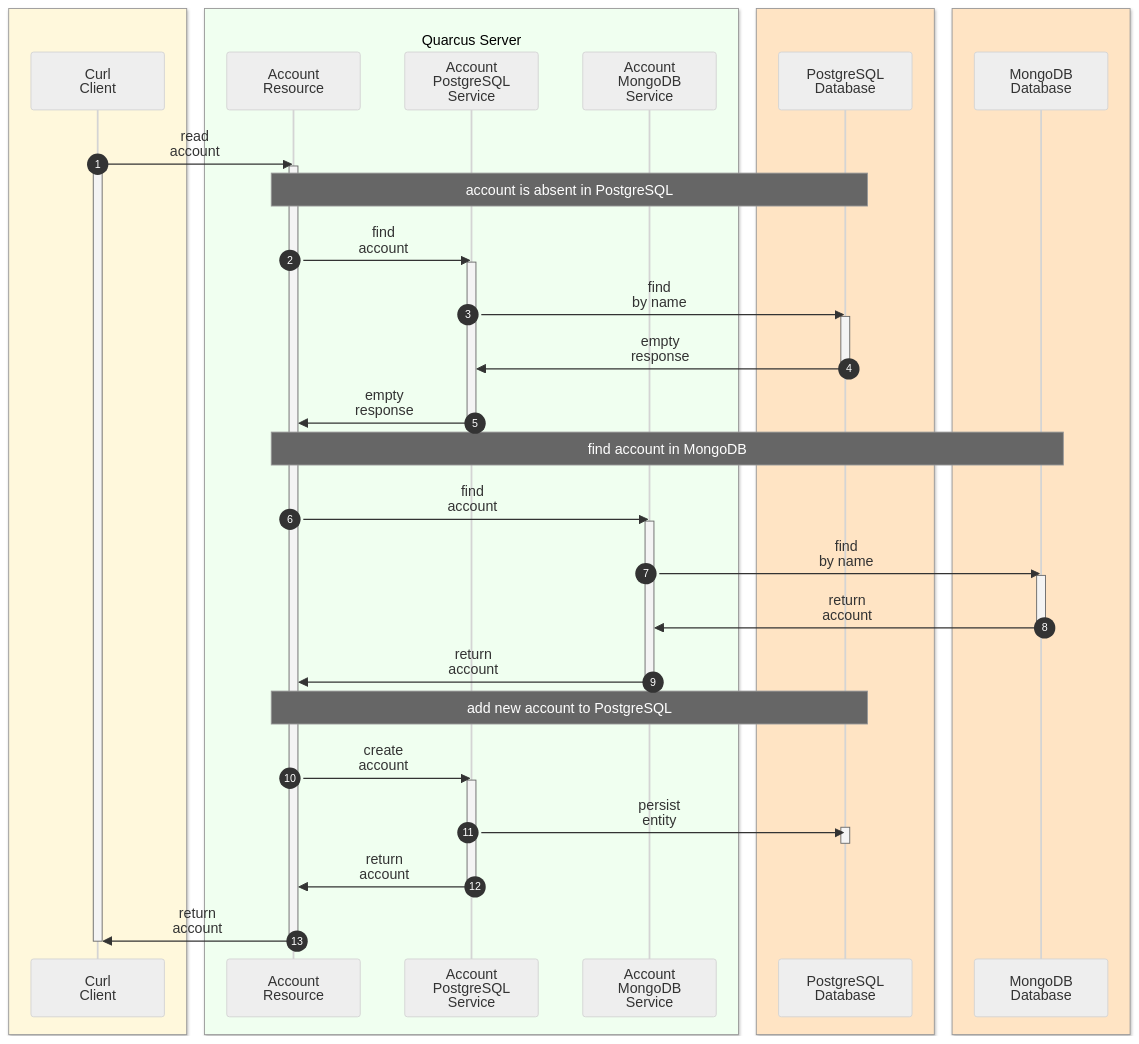
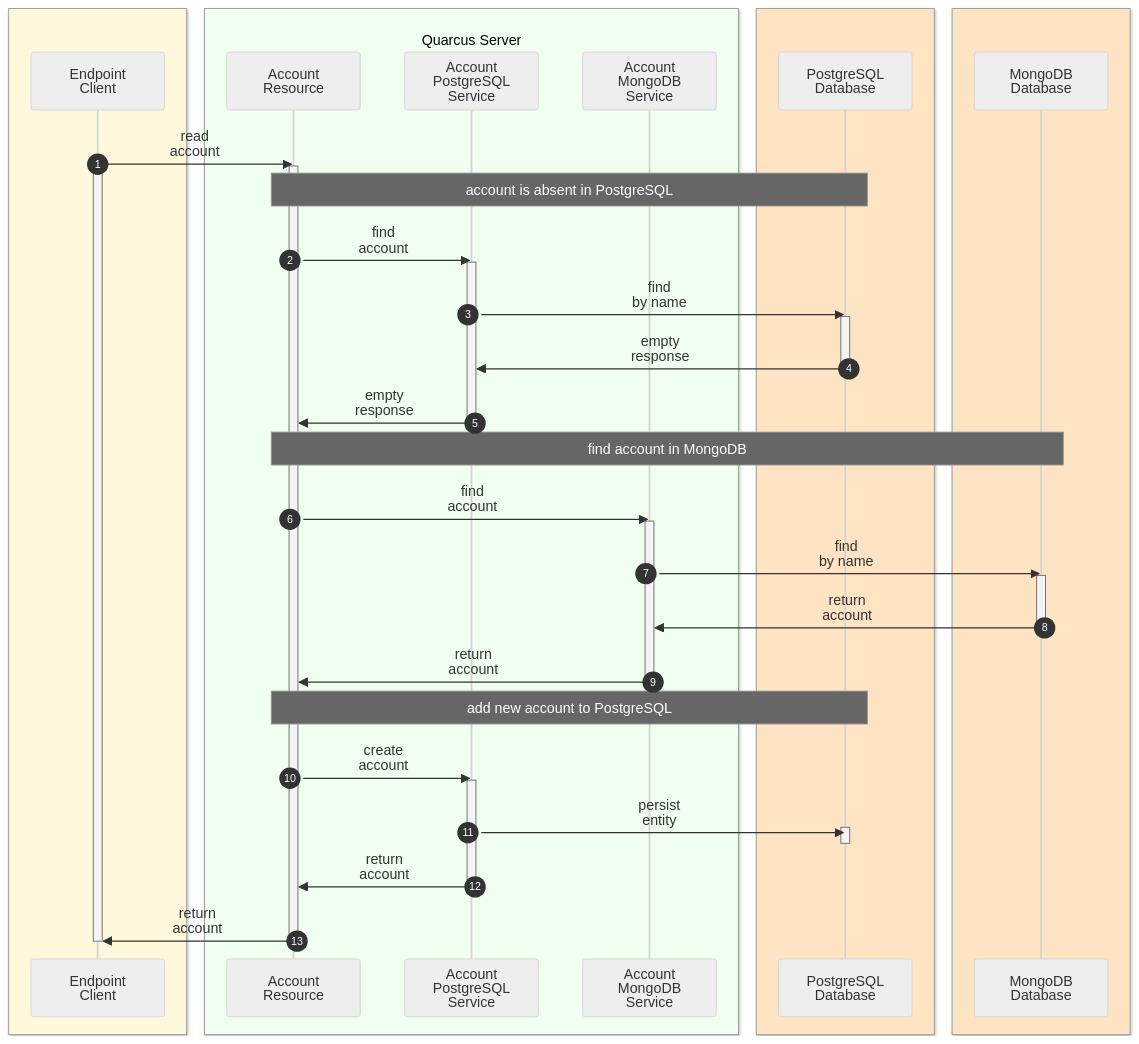
The third of 3 diagrams in docs/mermaid/sequenceDiagram.md (k1729p/Study22), drawn with Mermaid (neutral theme) before and after one commit. The commit also changed other lines of this file and 5 other files, not shown here.

````diff
--- a/docs/mermaid/sequenceDiagram.md
+++ b/docs/mermaid/sequenceDiagram.md
@@ -63,53 +63,53 @@
 ```mermaid
 sequenceDiagram
 autonumber
 box cornsilk
- participant CC as Curl<br/>Client
+ participant EC as Endpoint<br/>Client
 end
 box honeydew <br/>Quarcus Server
  participant AR as Account<br/>Resource
  participant PS as Account<br/>PostgreSQL<br/>Service
  participant MS as Account<br/>MongoDB<br/>Service
 end
 box bisque <br/>
  participant PDB as PostgreSQL<br/>Database
 end
 box bisque <br/>
  participant MDB as MongoDB<br/>Database
 end
 
-CC ->> AR: read<br/>account
-activate CC
+EC ->> AR: read<br/>account
+activate EC
 activate AR
 Note over AR,PDB: account is absent in PostgreSQL
 AR ->> PS: find<br/>account
 activate PS
 PS ->> PDB: find<br/>by name
 activate PDB
 PDB ->> PS: empty<br/>response
 deactivate PDB
 PS ->> AR: empty<br/>response
 deactivate PS
 
 Note over AR,MDB: find account in MongoDB
 AR ->> MS: find<br/>account
 activate MS
 MS ->> MDB: find<br/>by name
 activate MDB
 MDB ->> MS: return<br/>account
 deactivate MDB
 MS ->> AR: return<br/>account
 deactivate MS
 
 Note over AR,PDB: add new account to PostgreSQL
 AR ->> PS: create<br/>account
 activate PS
 PS ->> PDB: persist<br/>entity
 activate PDB
 deactivate PDB
 PS ->> AR: return<br/>account
 deactivate PS
-AR ->> CC: return<br/>account
+AR ->> EC: return<br/>account
 deactivate AR
-deactivate CC
+deactivate EC
 ```
````
